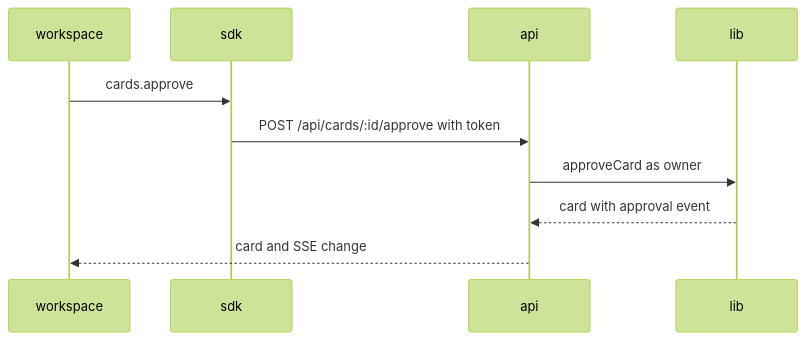
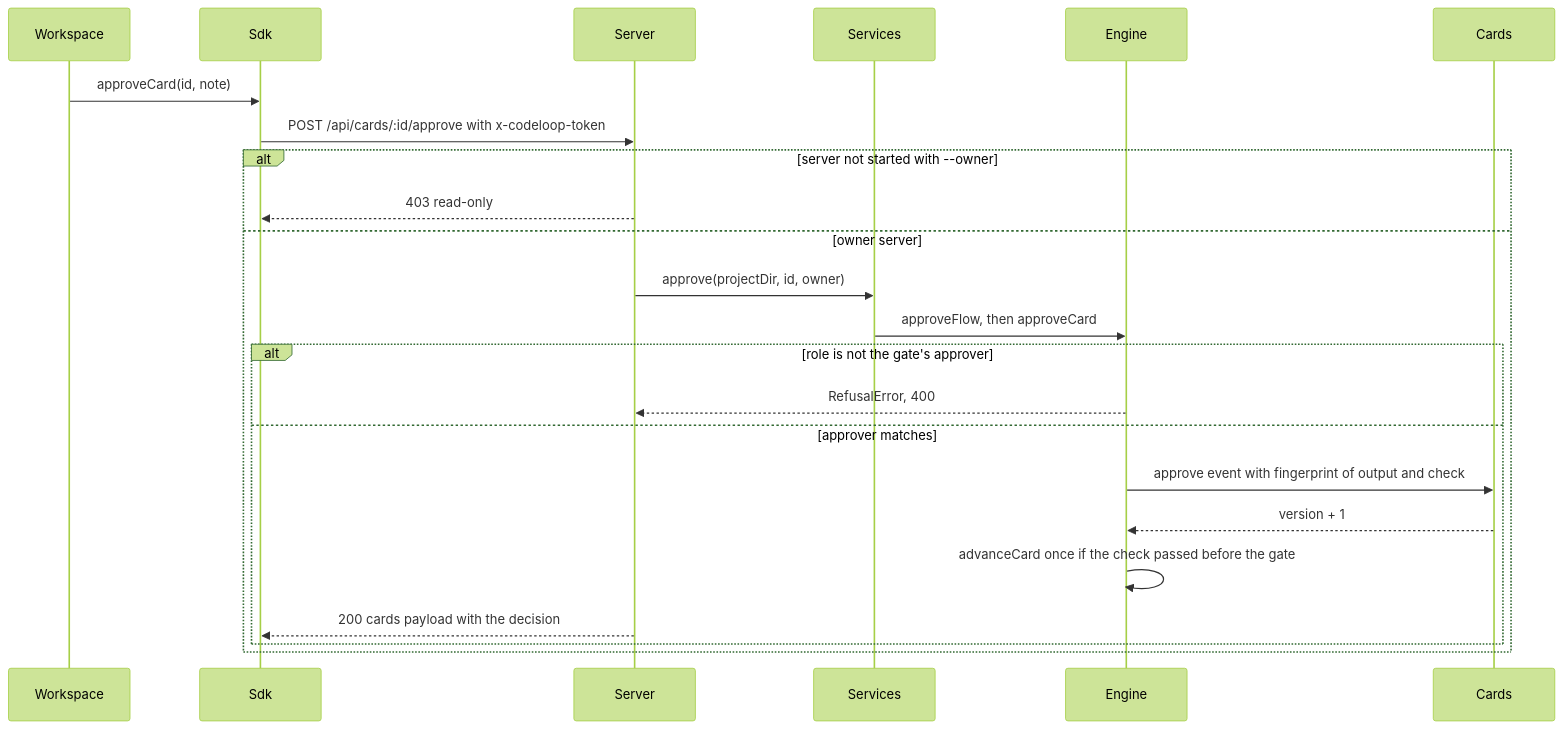
Before and after one commit to sixfactors/codeloop: the second of 3 diagrams in .codeloop/wiki/architecture/flows.md, drawn with Mermaid (forest theme). The commit also changed other lines of this file and 52 other files, not shown here.

````diff
--- a/.codeloop/wiki/architecture/flows.md
+++ b/.codeloop/wiki/architecture/flows.md
@@ -7,12 +39,25 @@
 ```mermaid
 sequenceDiagram
-  participant workspace
-  participant sdk
-  participant api
-  participant lib
-  workspace->>sdk: cards.approve
-  sdk->>api: POST /api/cards/:id/approve with token
-  api->>lib: approveCard as owner
-  lib-->>api: card with approval event
-  api-->>workspace: card and SSE change
+  participant Workspace
+  participant Sdk
+  participant Server
+  participant Services
+  participant Engine
+  participant Cards
+  Workspace->>Sdk: approveCard(id, note)
+  Sdk->>Server: POST /api/cards/:id/approve with x-codeloop-token
+  alt server not started with --owner
+    Server-->>Sdk: 403 read-only
+  else owner server
+    Server->>Services: approve(projectDir, id, owner)
+    Services->>Engine: approveFlow, then approveCard
+    alt role is not the gate's approver
+      Engine-->>Server: RefusalError, 400
+    else approver matches
+      Engine->>Cards: approve event with fingerprint of output and check
+      Cards-->>Engine: version + 1
+      Engine->>Engine: advanceCard once if the check passed before the gate
+      Server-->>Sdk: 200 cards payload with the decision
+    end
+  end
 ```
````
